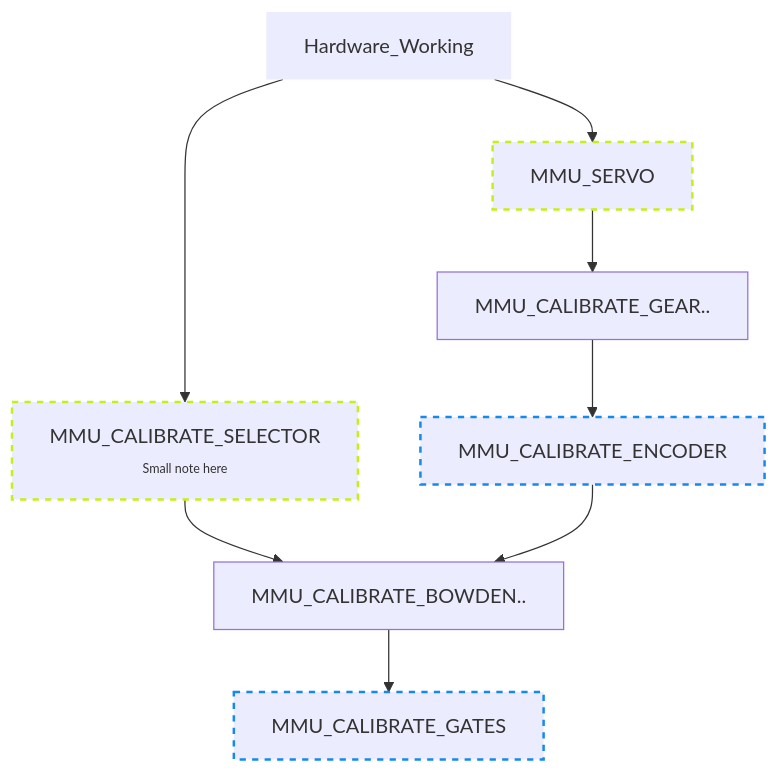
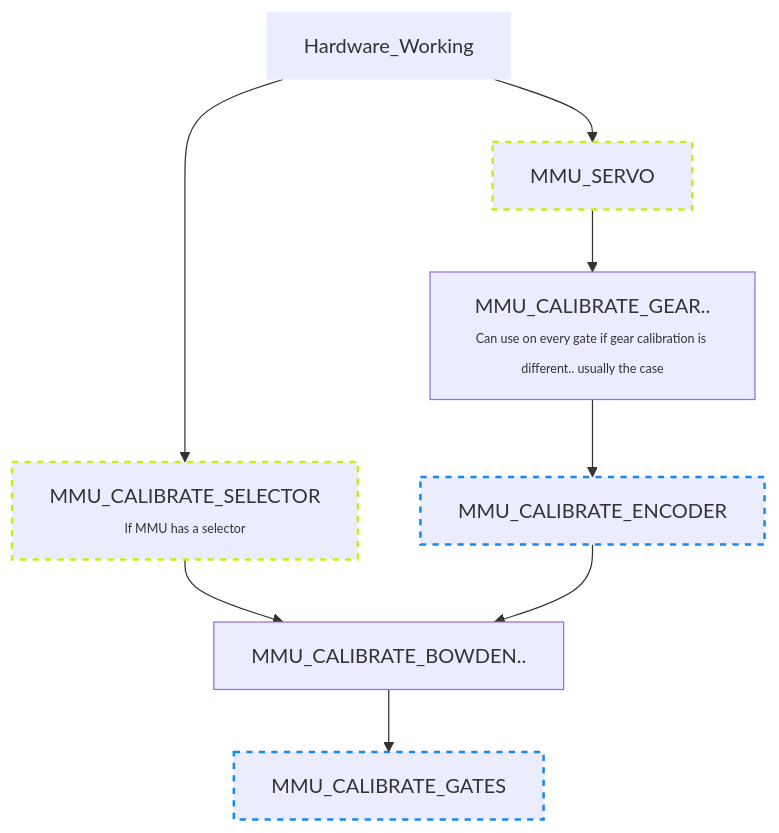
Before and after one commit to 3DCoded/Happy-Hare: the first of 2 diagrams in MMU-Calibration.md, drawn with Mermaid.

````diff
--- a/MMU-Calibration.md
+++ b/MMU-Calibration.md
@@ -22,16 +22,16 @@
 ```mermaid
 graph TD;
     Hardware_Working --> MMU_SERVO
-    Hardware_Working --> MMU_CALIBRATE_SELECTOR["MMU_CALIBRATE_SELECTOR<br/><span style='font-size:10px'>Small note here</span>"]
+    Hardware_Working --> MMU_CALIBRATE_SELECTOR["MMU_CALIBRATE_SELECTOR<br/><span style='font-size:10px'>If MMU has a selector</span>"]
     MMU_CALIBRATE_SELECTOR --> MMU_CALIBRATE_BOWDEN
-    MMU_SERVO --> MMU_CALIBRATE_GEAR["MMU_CALIBRATE_GEAR.."]
+    MMU_SERVO --> MMU_CALIBRATE_GEAR["MMU_CALIBRATE_GEAR..<br/><span style='font-size:10px'>Can use on every gate if gear calibration is different.. usually the case</span>"]
     MMU_CALIBRATE_GEAR --> MMU_CALIBRATE_ENCODER
     MMU_CALIBRATE_ENCODER --> MMU_CALIBRATE_BOWDEN["MMU_CALIBRATE_BOWDEN.."]
     MMU_CALIBRATE_BOWDEN --> MMU_CALIBRATE_GATES
 
     style Hardware_Working stroke-width:0px
     style MMU_SERVO stroke-dasharray: 5 5, stroke:#c5f015, stroke-width:2px
     style MMU_CALIBRATE_SELECTOR stroke-dasharray: 5 5, stroke:#c5f015, stroke-width:2px
     style MMU_CALIBRATE_ENCODER stroke-dasharray: 5 5, stroke:#1589f0, stroke-width:2px
     style MMU_CALIBRATE_GATES stroke-dasharray: 5 5, stroke:#1589f0, stroke-width:2px
 ```
````
